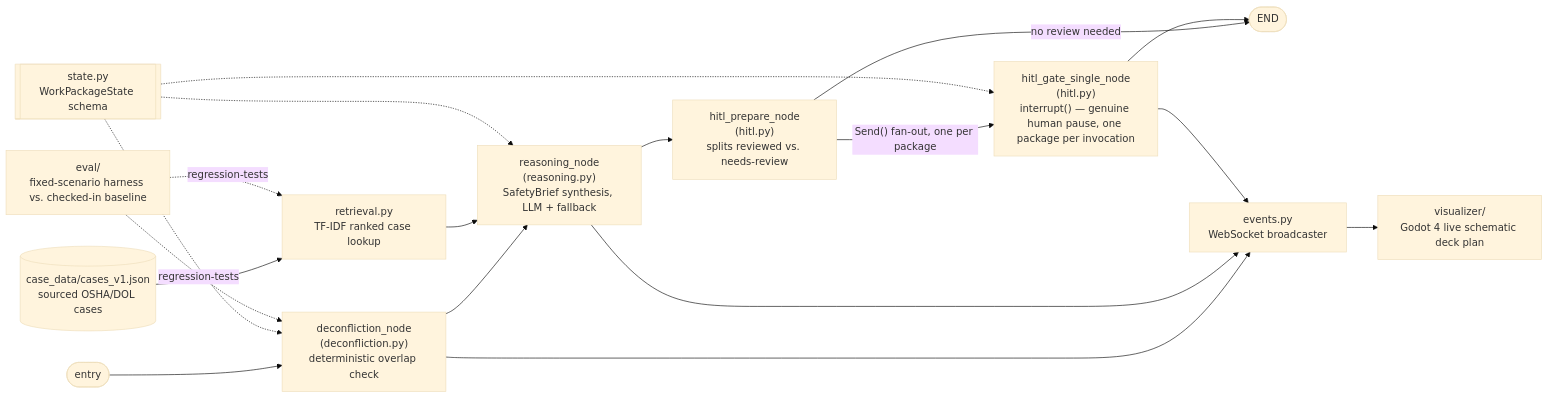
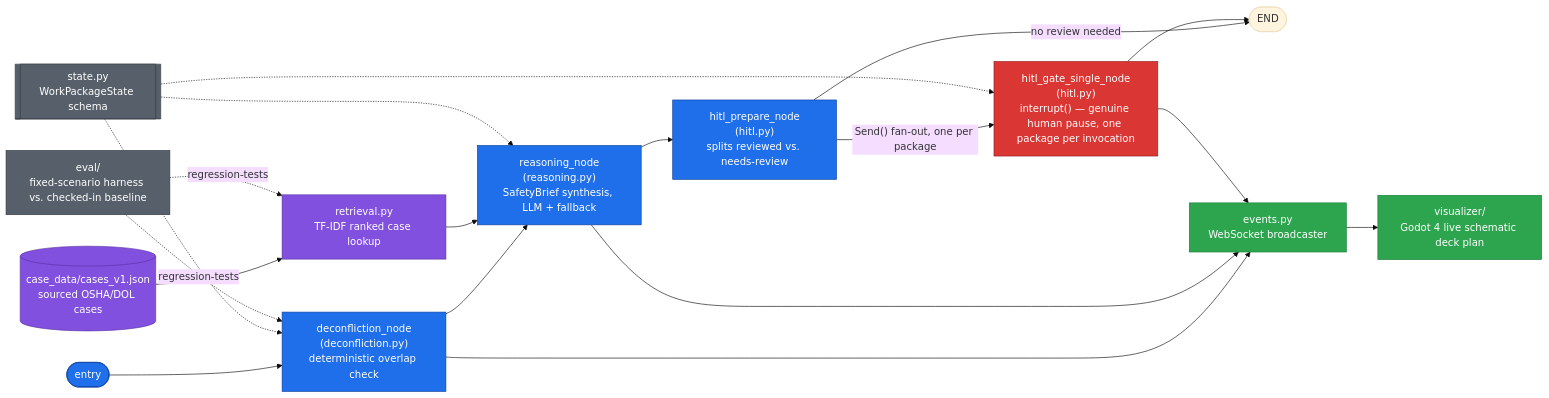
The diagram in README.md (COSMOAGNOSTIC/Watchstander), drawn with Mermaid (base theme) before and after one commit. The commit also changed other lines of this file and 1 other file, not shown here.

Commit message:
Fix ARCHITECTURE.md/README.md Mermaid render (quote edge label), color-code diagram, link to docs/architecture-diagram.html

````diff
--- a/README.md
+++ b/README.md
@@ -22,24 +22,37 @@
 ```mermaid
 flowchart LR
+    classDef core fill:#1f6feb,stroke:#0d419d,color:#fff,stroke-width:1px
+    classDef gate fill:#da3633,stroke:#8e1c1a,color:#fff,stroke-width:1px
+    classDef data fill:#8250df,stroke:#5a32a3,color:#fff,stroke-width:1px
+    classDef live fill:#2da44e,stroke:#1a7f37,color:#fff,stroke-width:1px
+    classDef schema fill:#57606a,stroke:#32383f,color:#fff,stroke-width:1px
+
     Entry(["entry"]) --> Deconf["deconfliction_node<br/>(deconfliction.py)<br/>deterministic overlap check"]
     Deconf --> Reason["reasoning_node<br/>(reasoning.py)<br/>SafetyBrief synthesis, LLM + fallback"]
     Reason --> HitlPrep["hitl_prepare_node<br/>(hitl.py)<br/>splits reviewed vs. needs-review"]
-    HitlPrep -->|no review needed| End(["END"])
+    HitlPrep -->|"no review needed"| End(["END"])
     HitlPrep -->|"Send() fan-out, one per package"| Hitl["hitl_gate_single_node<br/>(hitl.py)<br/>interrupt() — genuine human pause, one package per invocation"]
     Hitl --> End
 
+    class Entry,Deconf,Reason,HitlPrep core
+    class Hitl gate
+
     CaseData[("case_data/cases_v1.json<br/>sourced OSHA/DOL cases")] --> Retrieval["retrieval.py<br/>TF-IDF ranked case lookup"]
     Retrieval --> Reason
+    class CaseData,Retrieval data
 
     State[["state.py<br/>WorkPackageState schema"]] -.-> Deconf
     State -.-> Reason
     State -.-> Hitl
+    class State schema
 
     Deconf --> Events["events.py<br/>WebSocket broadcaster"]
     Reason --> Events
     Hitl --> Events
     Events --> Viz["visualizer/<br/>Godot 4 live schematic deck plan"]
+    class Events,Viz live
 
-    Eval["eval/<br/>fixed-scenario harness vs. checked-in baseline"] -.->|regression-tests| Deconf
-    Eval -.->|regression-tests| Retrieval
+    Eval["eval/<br/>fixed-scenario harness vs. checked-in baseline"] -.->|"regression-tests"| Deconf
+    Eval -.->|"regression-tests"| Retrieval
+    class Eval schema
 ```
````
